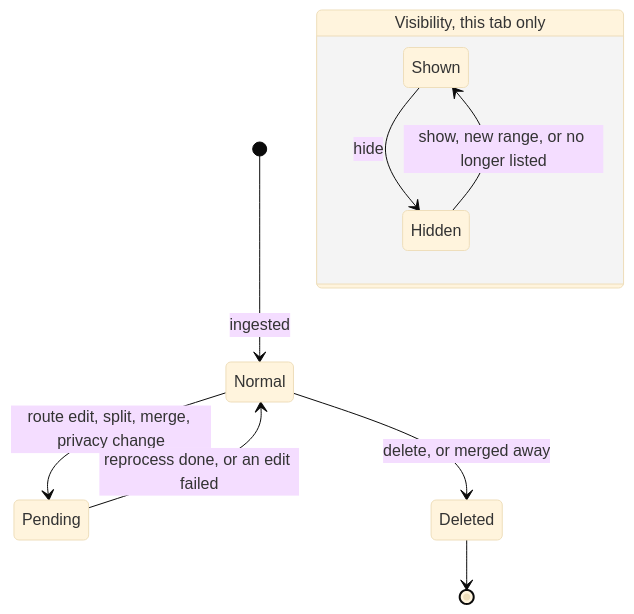
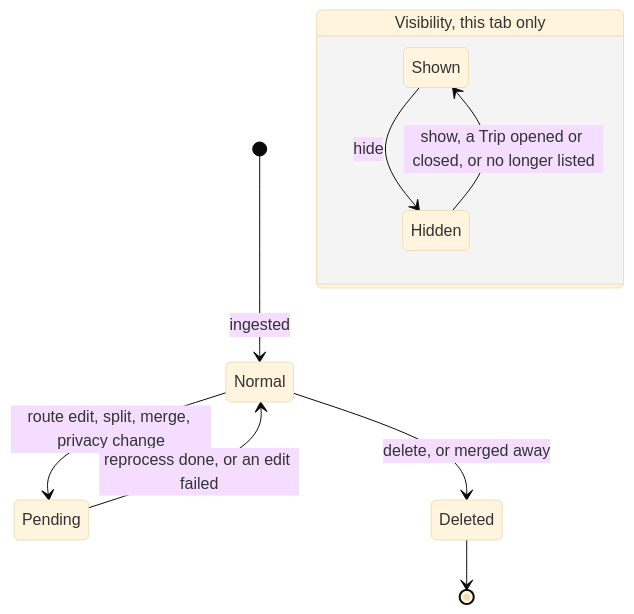
The first of 2 diagrams in docs/SPEC.md (HoldMyTrack/platform), drawn with Mermaid (base theme) before and after one commit. The commit also changed 2 other files, not shown here.

Commit message:
Android: Close the gaps the map flows' review found
The flows waited 5 s for a tour offer that comes only after the account's history loads and only once per phone, so a slow emulator could have it cover the map mid-flow; they mark it seen first. The last checked count polls like the checks before it, the month title read survives a redrawn view, and one poll helper serves both counts. SPEC.md FR-5.8's diagram still said a new range shows a Hidden track, against the rule below it.

````diff
--- a/docs/SPEC.md
+++ b/docs/SPEC.md
@@ -409,12 +409,12 @@
 ```mermaid
 stateDiagram-v2
     [*] --> Normal: ingested
     Normal --> Pending: route edit, split, merge, privacy change
     Pending --> Normal: reprocess done, or an edit failed
     Normal --> Deleted: delete, or merged away
     Deleted --> [*]
     state "Visibility, this tab only" as Visibility {
         Shown --> Hidden: hide
-        Hidden --> Shown: show, new range, or no longer listed
+        Hidden --> Shown: show, a Trip opened or closed, or no longer listed
     }
 ```
````
